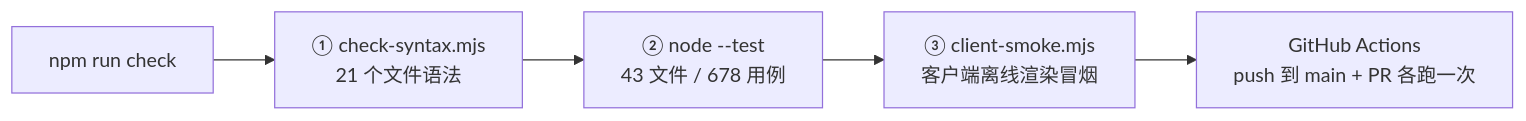
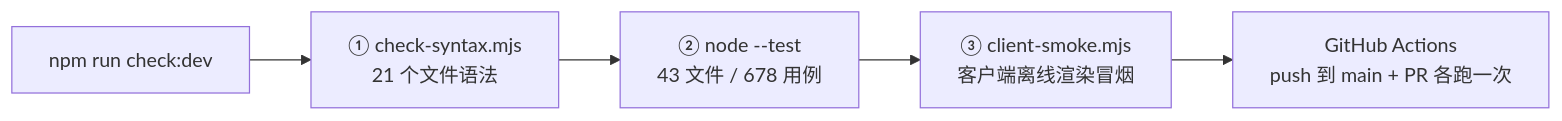
Before and after one commit to wychmod/wychmod.github.io: the fifth of 10 diagrams in docs/md/10-项目实战/04-DSH任务派发插件/10-工程收口与对外发布.md, drawn with Mermaid. The commit also changed other lines of this file, not shown here.

First line of the commit message:
🐛 fix(dsh): 脚本名改回实际存在的 check:dev（P0-2）

````diff
--- a/docs/md/10-项目实战/04-DSH任务派发插件/10-工程收口与对外发布.md
+++ b/docs/md/10-项目实战/04-DSH任务派发插件/10-工程收口与对外发布.md
@@ -135,7 +135,7 @@
 ```mermaid
 flowchart LR
-    A["npm run check"] --> B["① check-syntax.mjs<br/>21 个文件语法"]
+    A["npm run check:dev"] --> B["① check-syntax.mjs<br/>21 个文件语法"]
     B --> C["② node --test<br/>43 文件 / 678 用例"]
     C --> D["③ client-smoke.mjs<br/>客户端离线渲染冒烟"]
     D --> E["GitHub Actions<br/>push 到 main + PR 各跑一次"]
 ```
````
